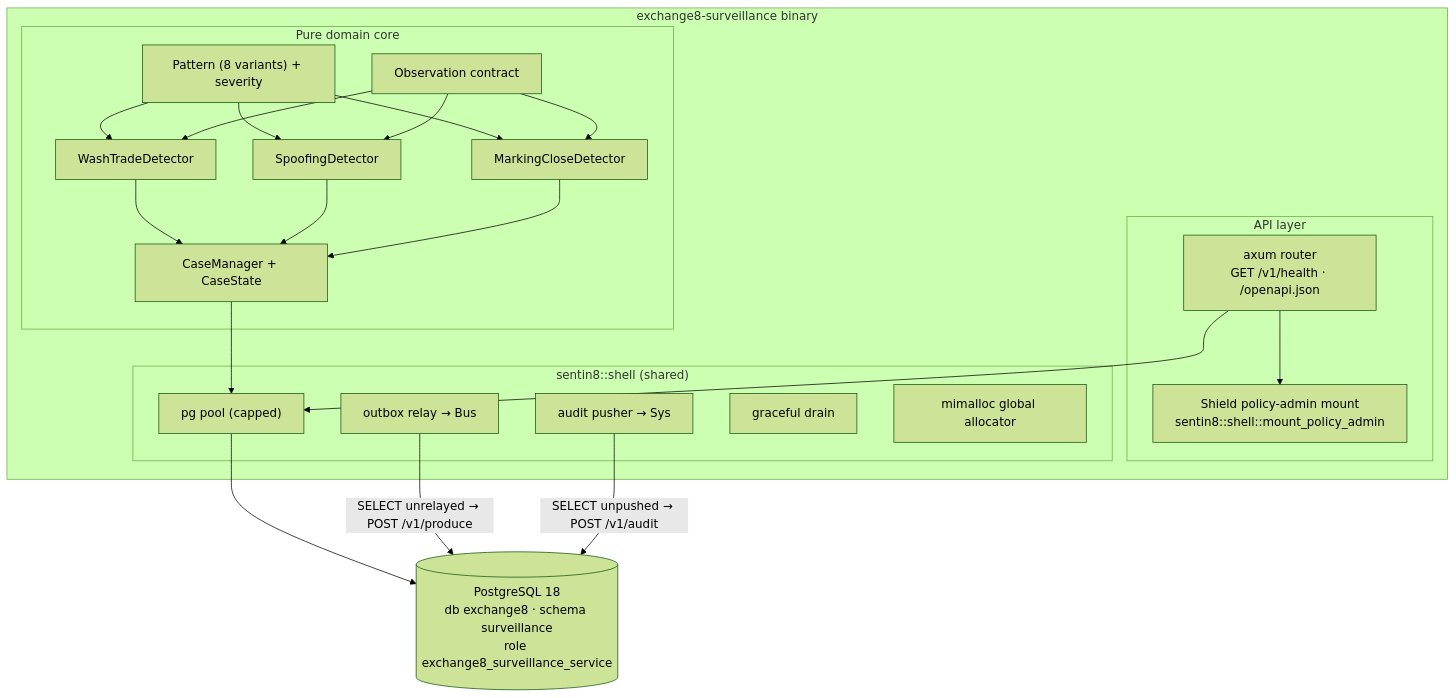
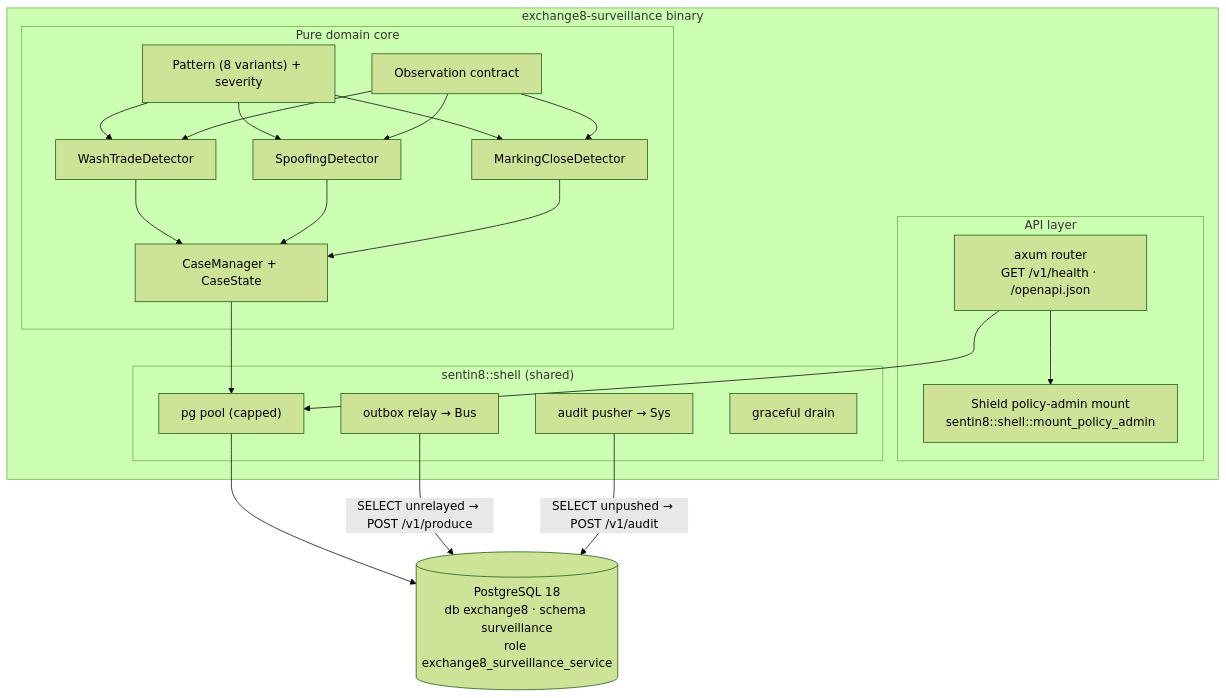
Before and after one commit to Exchange8-dev/exchange8-surveillance: the second of 17 diagrams in DESIGN.md, drawn with Mermaid (forest theme). The commit also changed other lines of this file and 2 other files, not shown here.

````diff
--- a/DESIGN.md
+++ b/DESIGN.md
@@ -68,41 +68,40 @@
 ```mermaid
 graph TD
     subgraph bin["exchange8-surveillance binary"]
         subgraph api["API layer"]
             ROUTER["axum router<br/>GET /v1/health · /openapi.json"]
             POLICY["Shield policy-admin mount<br/>sentin8::shell::mount_policy_admin"]
         end
         subgraph domain["Pure domain core"]
             PAT["Pattern (8 variants) + severity"]
             OBS["Observation contract"]
             WASH["WashTradeDetector"]
             SPOOF["SpoofingDetector"]
             CLOSE["MarkingCloseDetector"]
             CMGR["CaseManager + CaseState"]
         end
         subgraph shell["sentin8::shell (shared)"]
             POOL["pg pool (capped)"]
             RELAY["outbox relay → Bus"]
             JOURNAL["audit pusher → Sys"]
             DRAIN["graceful drain"]
-            ALLOC["mimalloc global allocator"]
         end
     end
     PG[("PostgreSQL 18<br/>db exchange8 · schema surveillance<br/>role exchange8_surveillance_service")]
 
     ROUTER --> POLICY
     ROUTER --> POOL
     PAT --> WASH
     PAT --> SPOOF
     PAT --> CLOSE
     OBS --> WASH
     OBS --> SPOOF
     OBS --> CLOSE
     CMGR --> POOL
     WASH --> CMGR
     SPOOF --> CMGR
     CLOSE --> CMGR
     POOL --> PG
     RELAY -->|"SELECT unrelayed → POST /v1/produce"| PG
     JOURNAL -->|"SELECT unpushed → POST /v1/audit"| PG
 ```
````
